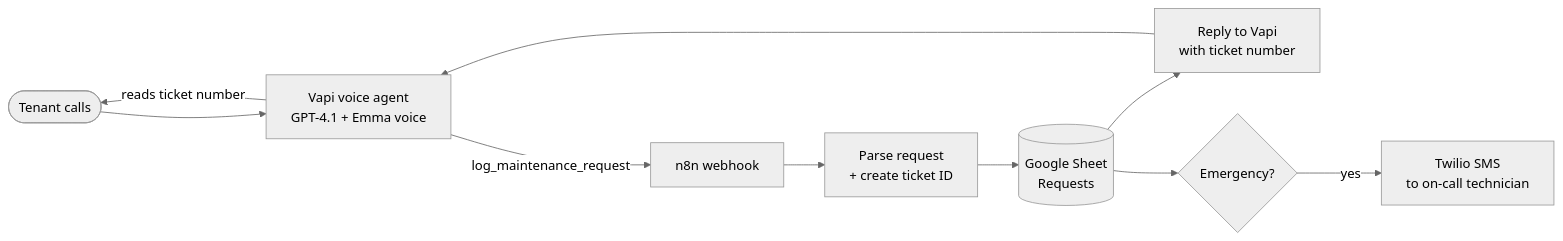
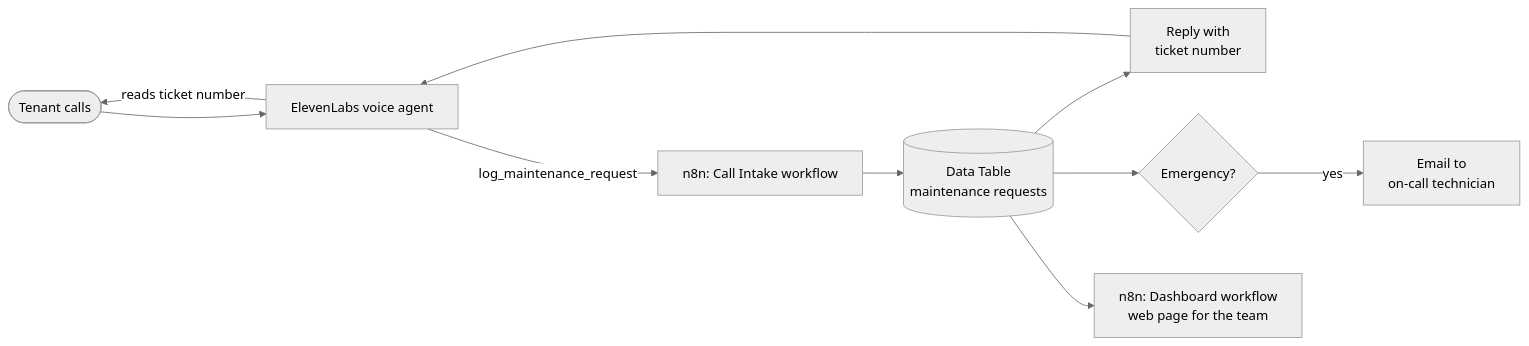
One commit to growlyze/Property-AI-Maintenance-Agent changed the diagram in README.md. Above: the diagram before and after it, drawn with Mermaid (neutral theme). The commit also changed other lines of this file and 8 other files, not shown here.

First line of the commit message:
Switch to ElevenLabs Agents, n8n Data Table and add dashboard

````diff
--- a/README.md
+++ b/README.md
@@ -34,12 +35,12 @@
 ```mermaid
 flowchart LR
-    T([Tenant calls]) --> V[Vapi voice agent<br/>GPT-4.1 + Emma voice]
-    V -->|log_maintenance_request| W[n8n webhook]
-    W --> P[Parse request<br/>+ create ticket ID]
-    P --> S[(Google Sheet<br/>Requests)]
-    S --> R[Reply to Vapi<br/>with ticket number]
-    S --> E{Emergency?}
-    E -->|yes| SMS[Twilio SMS<br/>to on-call technician]
+    T([Tenant calls]) --> V[ElevenLabs voice agent]
+    V -->|log_maintenance_request| W[n8n: Call Intake workflow]
+    W --> D[(Data Table<br/>maintenance requests)]
+    D --> R[Reply with<br/>ticket number]
+    D --> E{Emergency?}
+    E -->|yes| M[Email to<br/>on-call technician]
     R --> V
     V -->|reads ticket number| T
+    D --> DB[n8n: Dashboard workflow<br/>web page for the team]
 ```
````
